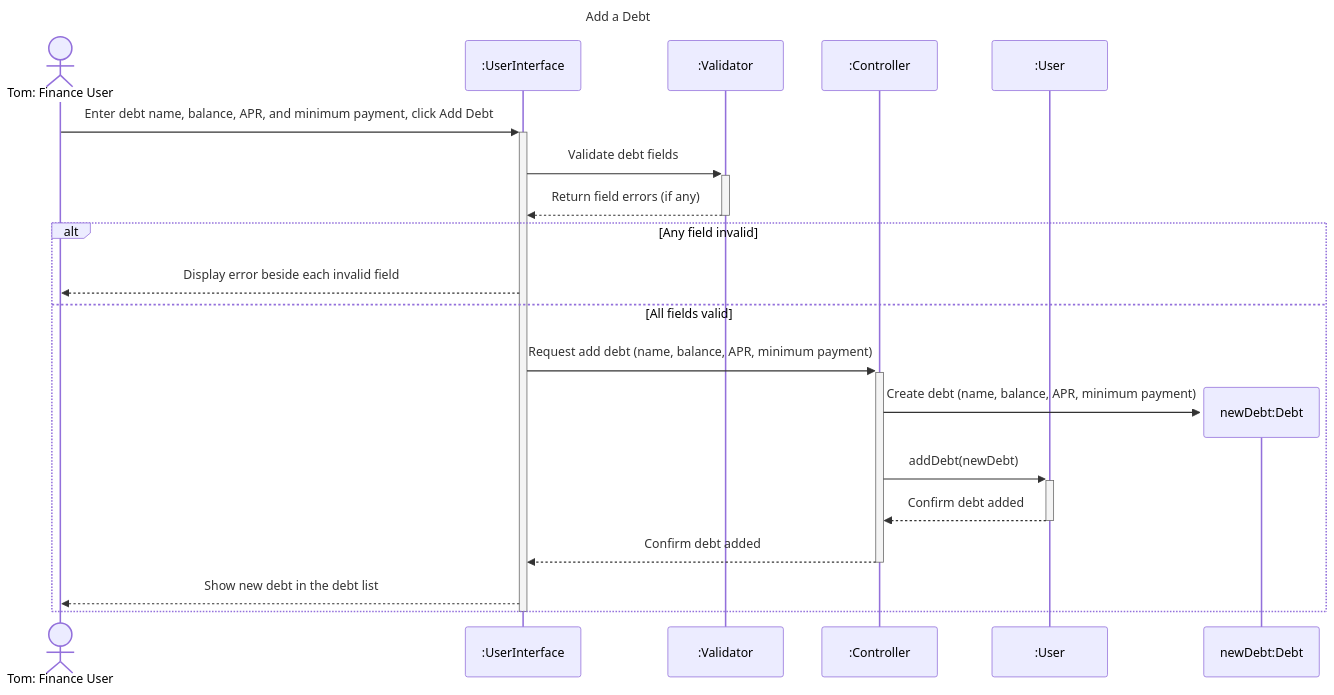
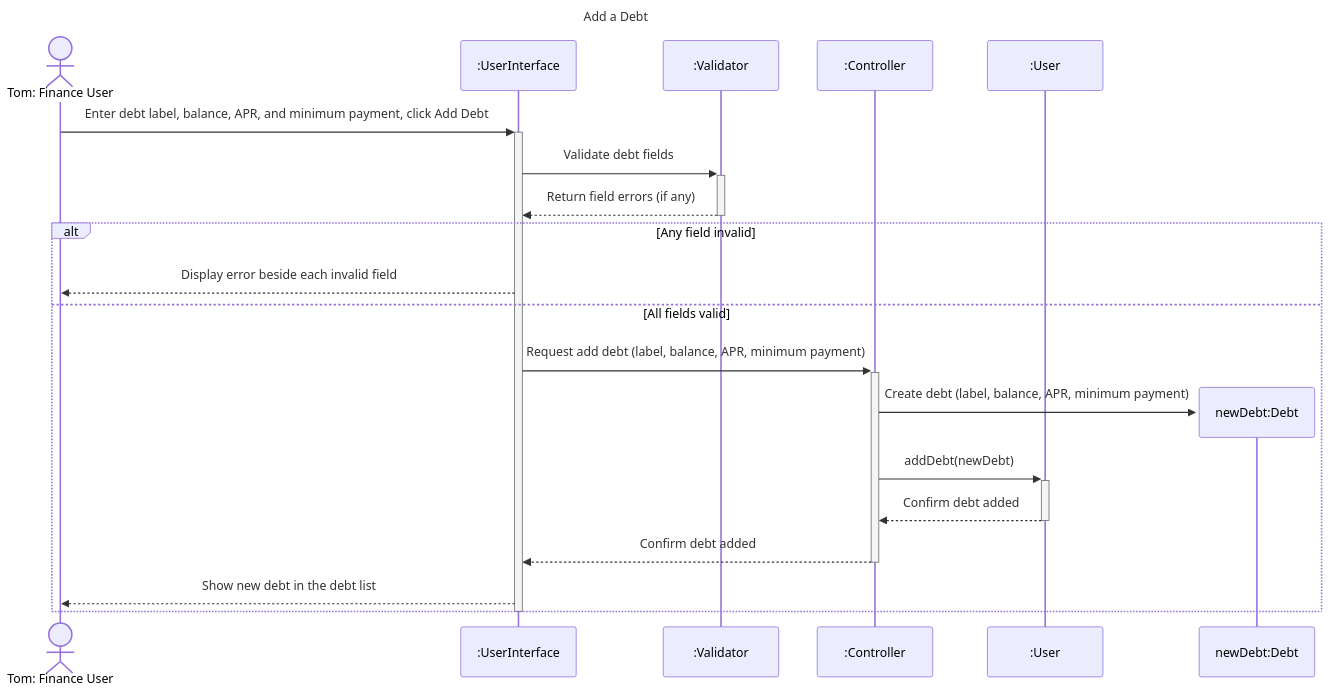
One commit to yattayattamatata/Trajectory changed the diagram in docs/architecture/current/sequenceDiagrams/2AddADebt.mmd. Above: the diagram before and after it, drawn with Mermaid. The commit also changed 16 other files, not shown here.

First line of the commit message:
Create class diagrams specific to each item from IEEE Design

```diff
--- a/docs/architecture/current/sequenceDiagrams/2AddADebt.mmd
+++ b/docs/architecture/current/sequenceDiagrams/2AddADebt.mmd
@@ -1,26 +1,26 @@
 ---
 title: Add a Debt
 ---
 sequenceDiagram
     actor FU as Tom: Finance User
     participant UI as :UserInterface
     participant V as :Validator
     participant C as :Controller
     participant U as :User
 
-    FU ->>+ UI: Enter debt name, balance, APR, and minimum payment, click Add Debt
+    FU ->>+ UI: Enter debt label, balance, APR, and minimum payment, click Add Debt
     UI ->>+ V: Validate debt fields
     V -->>- UI: Return field errors (if any)
 
     alt Any field invalid
         UI -->> FU: Display error beside each invalid field
     else All fields valid
-        UI ->>+ C: Request add debt (name, balance, APR, minimum payment)
+        UI ->>+ C: Request add debt (label, balance, APR, minimum payment)
         create participant D as newDebt:Debt
-        C ->> D: Create debt (name, balance, APR, minimum payment)
+        C ->> D: Create debt (label, balance, APR, minimum payment)
         C ->>+ U: addDebt(newDebt)
         U -->>- C: Confirm debt added
         C -->>- UI: Confirm debt added
         UI -->> FU: Show new debt in the debt list
     end
     deactivate UI
```
